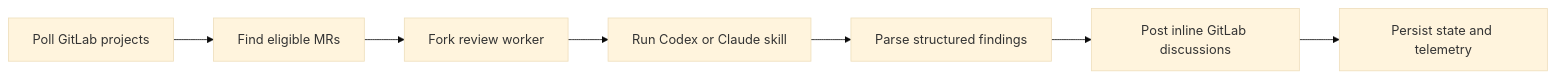
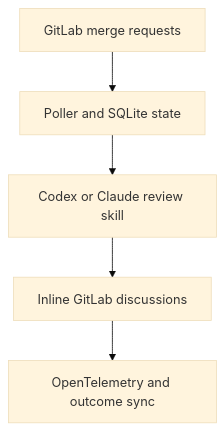
Before and after one commit to mountainowl/ai-code-review: the diagram in README.md, drawn with Mermaid (base theme). The commit also changed 2 other files, not shown here.

Commit message:
Polish README visuals

````diff
--- a/README.md
+++ b/README.md
@@ -33,9 +33,10 @@
 ```mermaid
-flowchart LR
-    A["Poll GitLab projects"] --> B["Find eligible MRs"]
-    B --> C["Fork review worker"]
-    C --> D["Run Codex or Claude skill"]
-    D --> E["Parse structured findings"]
-    E --> F["Post inline GitLab discussions"]
-    F --> G["Persist state and telemetry"]
+flowchart TB
+    A["GitLab merge requests"]
+    B["Poller and SQLite state"]
+    C["Codex or Claude review skill"]
+    D["Inline GitLab discussions"]
+    E["OpenTelemetry and outcome sync"]
+
+    A --> B --> C --> D --> E
 ```
````
